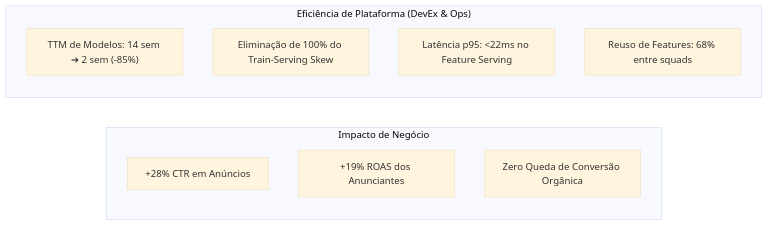
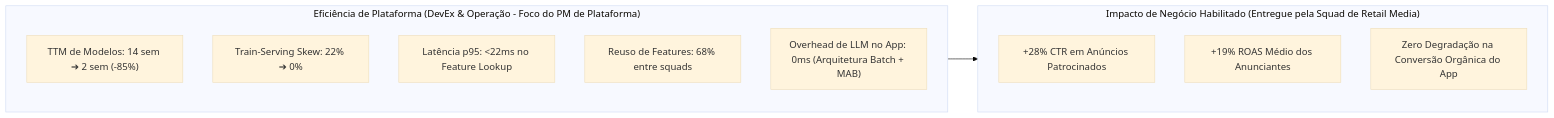
One commit to britneyscripts/case_retail_media_mlops changed the first of 2 diagrams in docs/case_retail_media_mlops.md. Above: the diagram before and after it, drawn with Mermaid (base theme). The commit also changed other lines of this file and 2 other files, not shown here.

````diff
--- a/docs/case_retail_media_mlops.md
+++ b/docs/case_retail_media_mlops.md
@@ -51,14 +64,16 @@
 ```mermaid
 graph LR
-    subgraph Negocio["Impacto de Negócio"]
-        A1["+28% CTR em Anúncios"]
-        A2["+19% ROAS dos Anunciantes"]
-        A3["Zero Queda de Conversão Orgânica"]
+    subgraph Plataforma["Eficiência de Plataforma (DevEx & Operação - Foco do PM de Plataforma)"]
+        B1["TTM de Modelos: 14 sem ➔ 2 sem (-85%)"]
+        B2["Train-Serving Skew: 22% ➔ 0%"]
+        B3["Latência p95: <22ms no Feature Lookup"]
+        B4["Reuso de Features: 68% entre squads"]
+        B5["Overhead de LLM no App: 0ms (Arquitetura Batch + MAB)"]
     end
-    subgraph Plataforma["Eficiência de Plataforma (DevEx & Ops)"]
-        B1["TTM de Modelos: 14 sem ➔ 2 sem (-85%)"]
-        B2["Eliminação de 100% do Train-Serving Skew"]
-        B3["Latência p95: <22ms no Feature Serving"]
-        B4["Reuso de Features: 68% entre squads"]
+    subgraph Negocio["Impacto de Negócio Habilitado (Entregue pela Squad de Retail Media)"]
+        A1["+28% CTR em Anúncios Patrocinados"]
+        A2["+19% ROAS Médio dos Anunciantes"]
+        A3["Zero Degradação na Conversão Orgânica do App"]
     end
+    Plataforma --> Negocio
 ```
````
